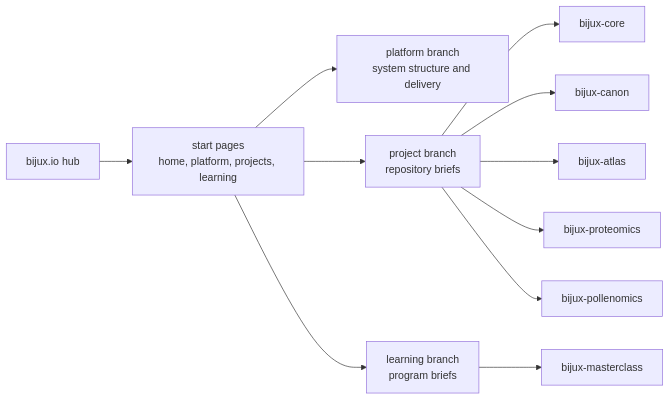
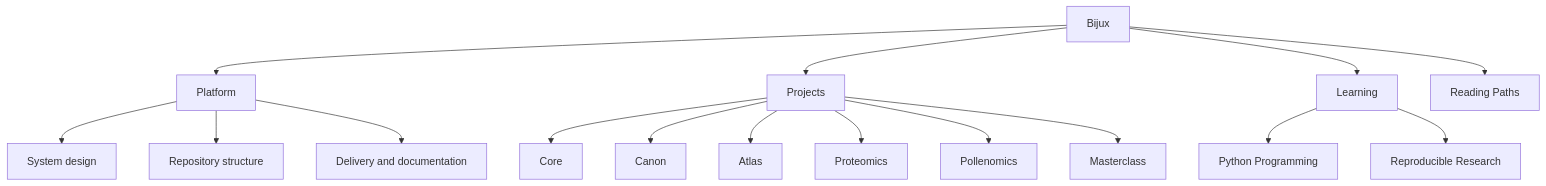
One commit to bijux/bijux.github.io changed the diagram in docs/index.md. Above: the diagram before and after it, drawn with Mermaid. The commit also changed 3 other files, not shown here.

Commit message:
docs(diagrams): refine hub map and add platform structure diagrams

````diff
--- a/docs/index.md
+++ b/docs/index.md
@@ -108,25 +108,21 @@
 ```mermaid
-flowchart LR
-    hub["bijux.io hub"]
-    routes["start pages<br/>home, platform, projects, learning"]
-    platform["platform branch<br/>system structure and delivery"]
-    projects["project branch<br/>repository briefs"]
-    learning["learning branch<br/>program briefs"]
-    core["bijux-core"]
-    canon["bijux-canon"]
-    atlas["bijux-atlas"]
-    proteomics["bijux-proteomics"]
-    pollenomics["bijux-pollenomics"]
-    masterclass["bijux-masterclass"]
+flowchart TD
+    bijux["Bijux"] --> platform["Platform"]
+    bijux --> projects["Projects"]
+    bijux --> learning["Learning"]
+    bijux --> paths["Reading Paths"]
 
-    hub --> routes
-    routes --> platform
-    routes --> projects
-    routes --> learning
-    projects --> core
-    projects --> canon
-    projects --> atlas
-    projects --> proteomics
-    projects --> pollenomics
-    learning --> masterclass
+    platform --> platform_design["System design"]
+    platform --> platform_structure["Repository structure"]
+    platform --> platform_delivery["Delivery and documentation"]
+
+    projects --> core["Core"]
+    projects --> canon["Canon"]
+    projects --> atlas["Atlas"]
+    projects --> proteomics["Proteomics"]
+    projects --> pollenomics["Pollenomics"]
+    projects --> masterclass["Masterclass"]
+
+    learning --> python["Python Programming"]
+    learning --> reproducible["Reproducible Research"]
 ```
````
